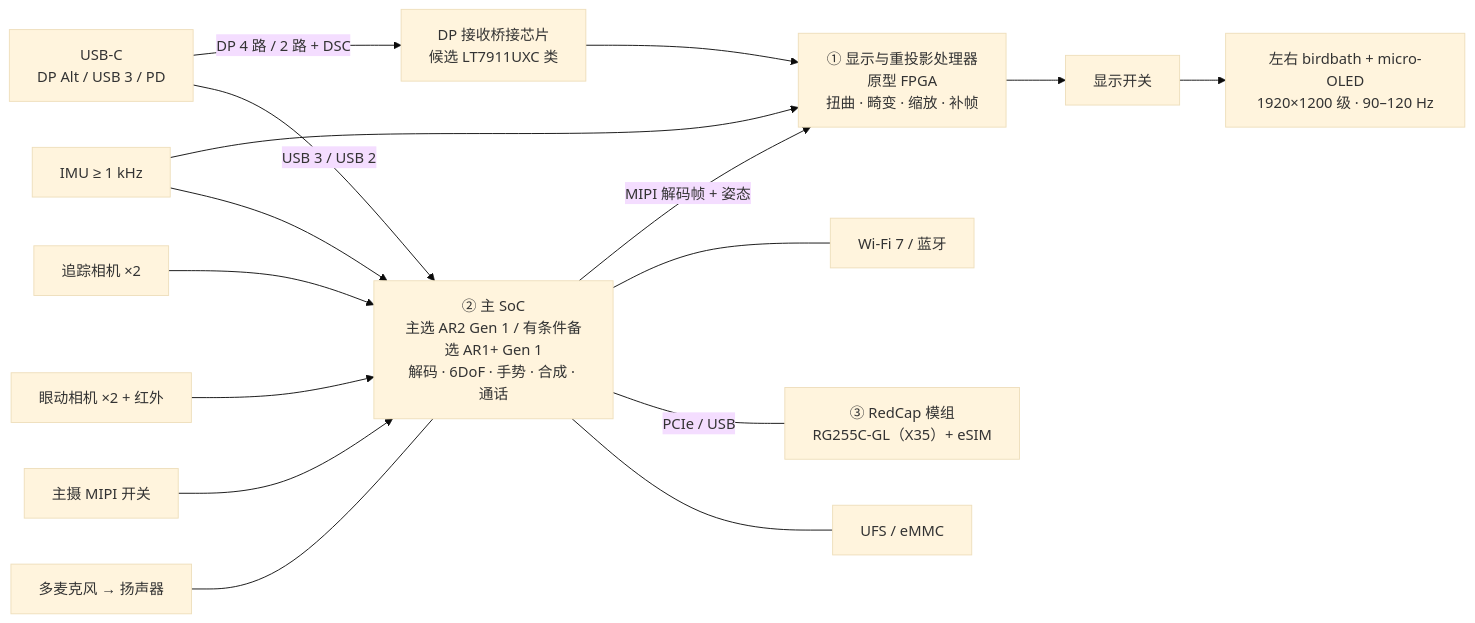
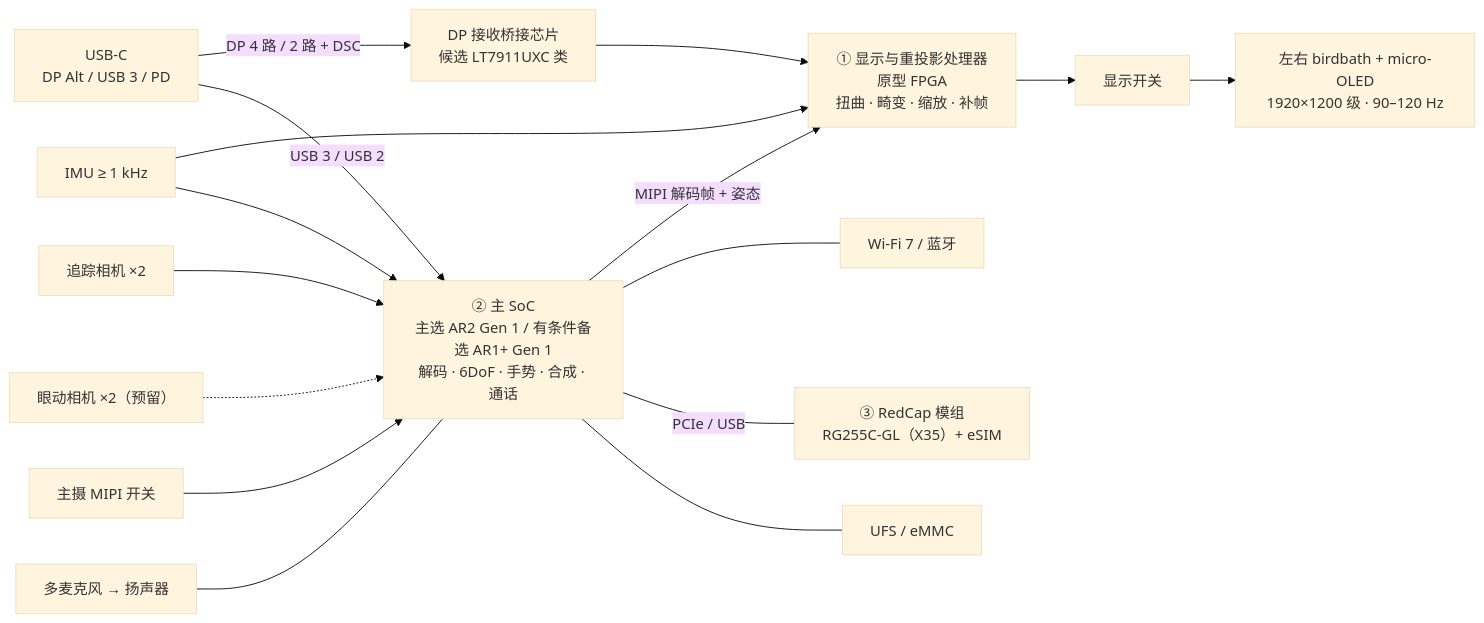
Before and after one commit to jodancain/independent-cellular-ai-glasses: the second of 9 diagrams in docs/system-architecture.md, drawn with Mermaid (base theme). The commit also changed other lines of this file and 10 other files, not shown here.

````diff
--- a/docs/system-architecture.md
+++ b/docs/system-architecture.md
@@ -79,30 +79,30 @@
 ```mermaid
 flowchart LR
   USBC["USB-C<br/>DP Alt / USB 3 / PD"]
   DPRX["DP 接收桥接芯片<br/>候选 LT7911UXC 类"]
   DPU["① 显示与重投影处理器<br/>原型 FPGA<br/>扭曲 · 畸变 · 缩放 · 补帧"]
   DSW["显示开关"]
   OPT["左右 birdbath + micro-OLED<br/>1920×1200 级 · 90–120 Hz"]
   SOC["② 主 SoC<br/>主选 AR2 Gen 1 / 有条件备选 AR1+ Gen 1<br/>解码 · 6DoF · 手势 · 合成 · 通话"]
   WIFI["Wi-Fi 7 / 蓝牙"]
   CELL["③ RedCap 模组<br/>RG255C-GL（X35）+ eSIM"]
   UFS["UFS / eMMC"]
   IMU["IMU ≥ 1 kHz"]
   TRK["追踪相机 ×2"]
-  EYE["眼动相机 ×2 + 红外"]
+  EYE["眼动相机 ×2（预留）"]
   CSW["主摄 MIPI 开关"]
   MIC["多麦克风 → 扬声器"]
 
   USBC -- "DP 4 路 / 2 路 + DSC" --> DPRX --> DPU --> DSW --> OPT
   USBC -- "USB 3 / USB 2" --> SOC
   SOC -- "MIPI 解码帧 + 姿态" --> DPU
   IMU --> DPU
   IMU --> SOC
   TRK --> SOC
-  EYE --> SOC
+  EYE -.-> SOC
   CSW --> SOC
   MIC --- SOC
   SOC --- WIFI
   SOC -- "PCIe / USB" --- CELL
   SOC --- UFS
 ```
````
